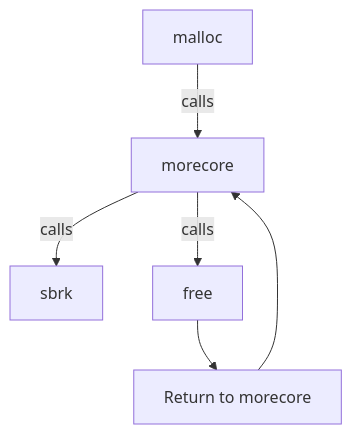
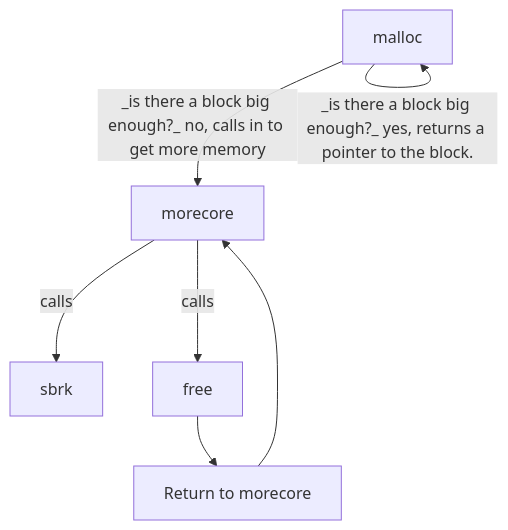
Before and after one commit to mikeybkats/c_programming_language: the diagram in src/malloc/MALLOC.md, drawn with Mermaid. The commit also changed other lines of this file and 2 other files, not shown here.

Commit message:
Adding notes to malloc

````diff
--- a/src/malloc/MALLOC.md
+++ b/src/malloc/MALLOC.md
@@ -32,7 +43,8 @@
 ```mermaid
 graph TD
-  A[malloc] --> |calls| B[morecore]
+  A[malloc] --> |_is there a block big enough?_ no, calls in to get more memory| B[morecore]
+  A[malloc] --> |_is there a block big enough?_ yes, returns a pointer to the block.| A
     B --> |calls| C[sbrk]
     B --> |calls| D[free]
     D --> E[Return to morecore] --> B
 ```
````
